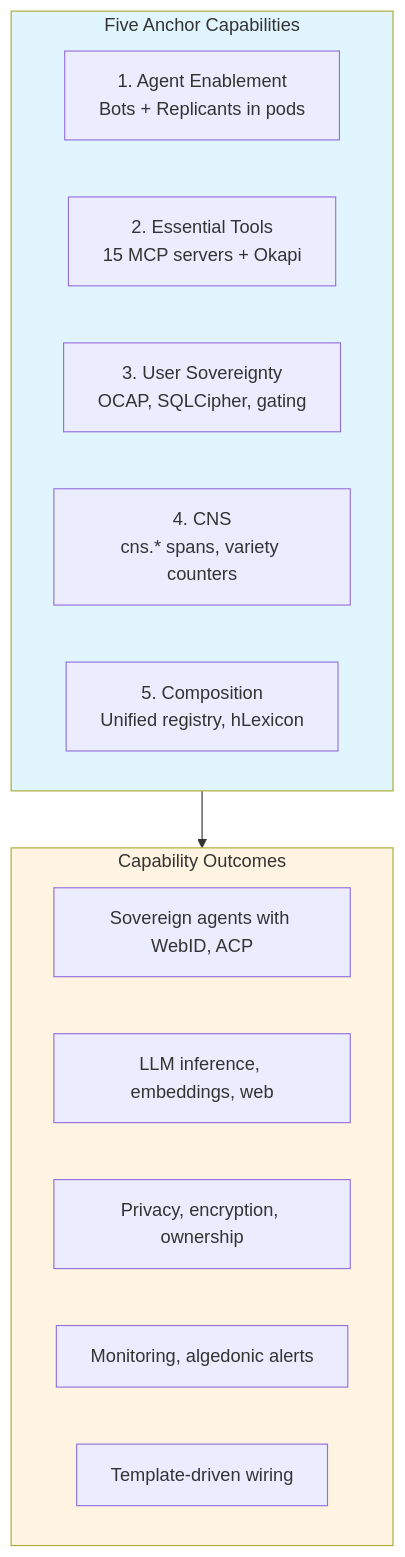
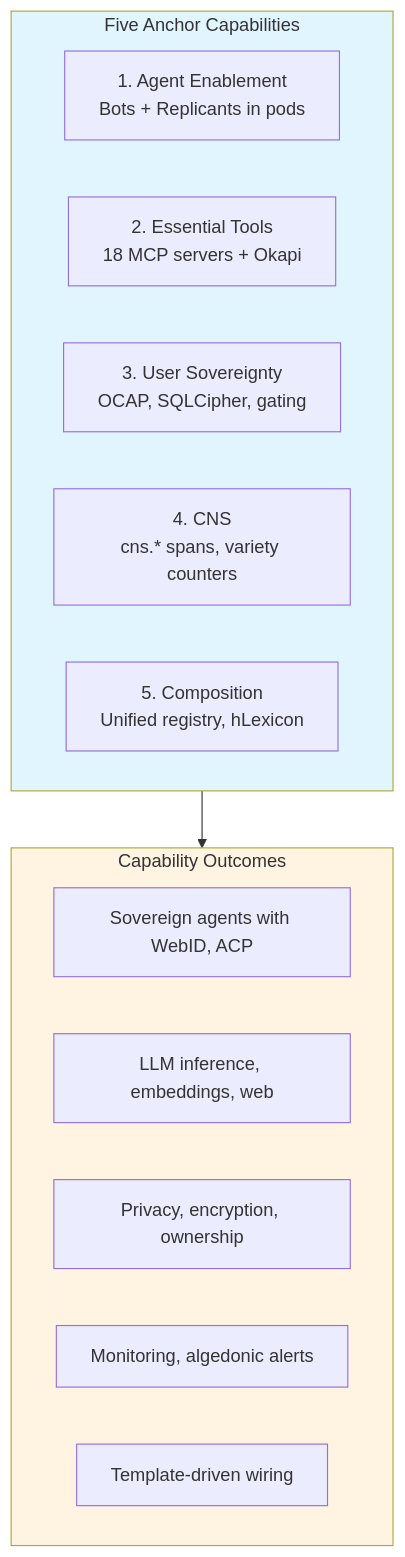
One commit to mdz-axo/hKask changed the first of 2 diagrams in docs/architecture/PRINCIPLES.md. Above: the diagram before and after it, drawn with Mermaid. The commit also changed other lines of this file and 18 other files, not shown here.

````diff
--- a/docs/architecture/PRINCIPLES.md
+++ b/docs/architecture/PRINCIPLES.md
@@ -25,23 +25,23 @@
 ```mermaid
 graph TD
     subgraph Anchors[Five Anchor Capabilities]
         A1[1. Agent Enablement<br/>Bots + Replicants in pods]
-        A2[2. Essential Tools<br/>15 MCP servers + Okapi]
+        A2[2. Essential Tools<br/>18 MCP servers + Okapi]
         A3[3. User Sovereignty<br/>OCAP, SQLCipher, gating]
         A4[4. CNS<br/>cns.* spans, variety counters]
         A5[5. Composition<br/>Unified registry, hLexicon]
     end
     
     subgraph Outcomes[Capability Outcomes]
         O1[Sovereign agents with WebID, ACP]
         O2[LLM inference, embeddings, web]
         O3[Privacy, encryption, ownership]
         O4[Monitoring, algedonic alerts]
         O5[Template-driven wiring]
     end
     
     Anchors --> Outcomes
     
     style Anchors fill:#e1f5ff
     style Outcomes fill:#fff3e1
 ```
````
